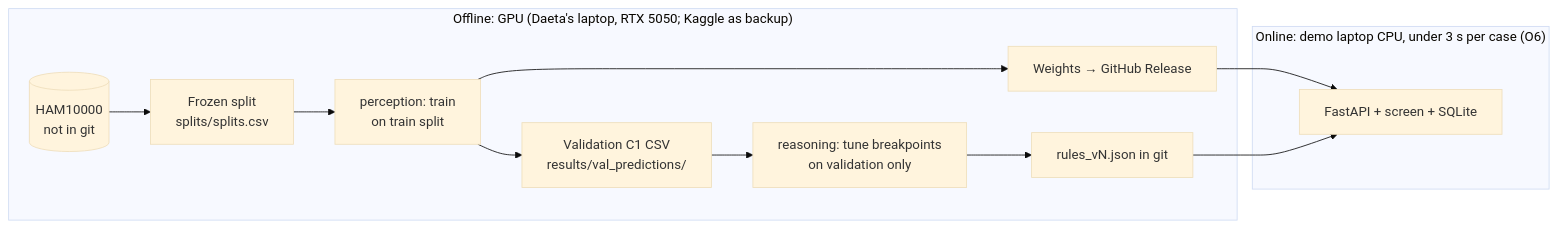
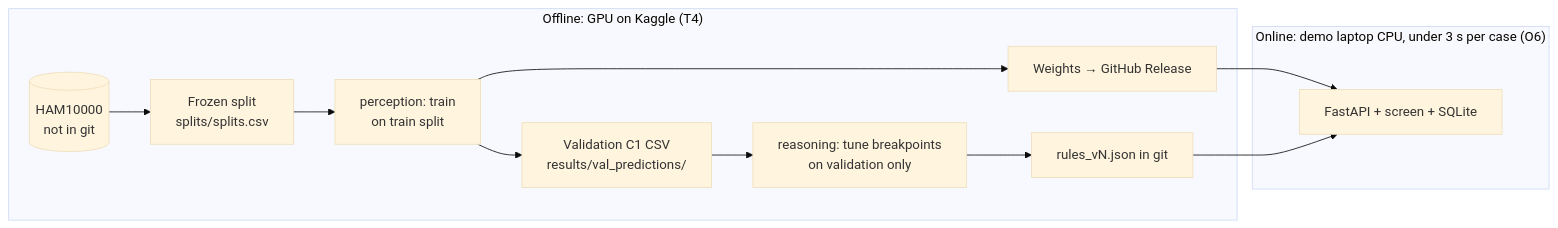
One commit to faisal1543/dermascan changed the third of 3 diagrams in docs/architecture.md. Above: the diagram before and after it, drawn with Mermaid (base theme).

Commit message:
DERM-11: Show Kaggle as the training platform

````diff
--- a/docs/architecture.md
+++ b/docs/architecture.md
@@ -82,16 +82,16 @@
 ```mermaid
 flowchart LR
-    subgraph Offline["Offline: GPU (Daeta's laptop, RTX 5050; Kaggle as backup)"]
+    subgraph Offline["Offline: GPU on Kaggle (T4)"]
         H[("HAM10000<br/>not in git")] --> SP["Frozen split<br/>splits/splits.csv"]
         SP --> TR["perception: train<br/>on train split"]
         TR --> VC["Validation C1 CSV<br/>results/val_predictions/"]
         VC --> TU["reasoning: tune breakpoints<br/>on validation only"]
         TR --> W["Weights → GitHub Release"]
         TU --> RF2["rules_vN.json in git"]
     end
     subgraph Online["Online: demo laptop CPU, under 3 s per case (O6)"]
         APP["FastAPI + screen + SQLite"]
     end
     W --> APP
     RF2 --> APP
 ```
````
